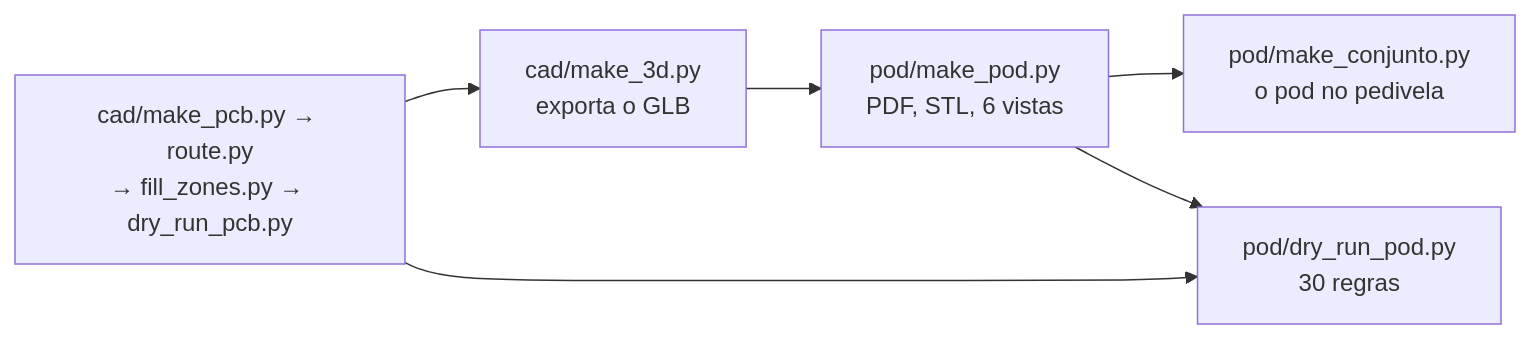
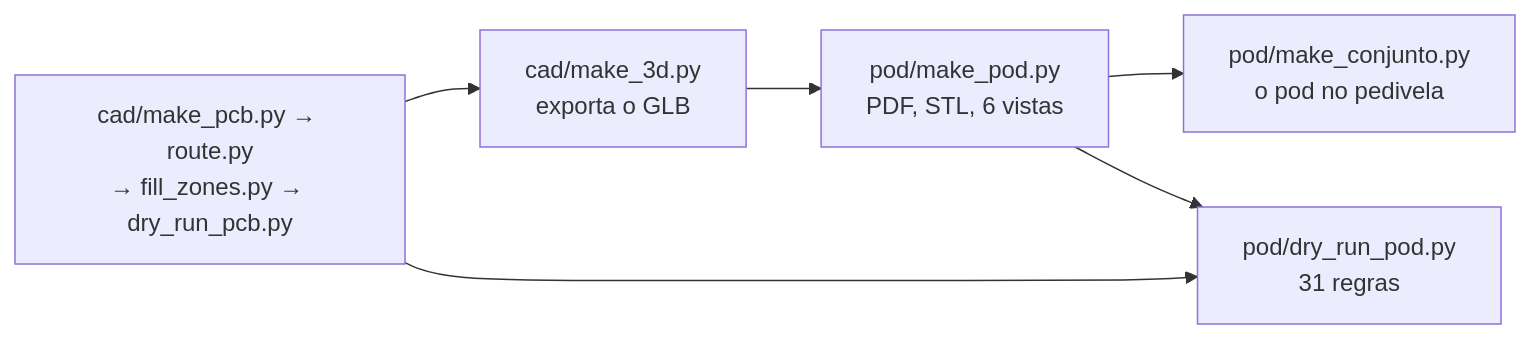
Before and after one commit to Guiimartinho/bike-powermeter: the first of 2 diagrams in hardware_powermeter/pod/README.md, drawn with Mermaid. The commit also changed other lines of this file and 9 other files, not shown here.

````diff
--- a/hardware_powermeter/pod/README.md
+++ b/hardware_powermeter/pod/README.md
@@ -24,8 +24,8 @@
 ```mermaid
 flowchart LR
     PCB["cad/make_pcb.py → route.py<br/>→ fill_zones.py → dry_run_pcb.py"] --> GLB["cad/make_3d.py<br/>exporta o GLB"]
     GLB --> POD["pod/make_pod.py<br/>PDF, STL, 6 vistas"]
-    PCB --> DRY["pod/dry_run_pod.py<br/>30 regras"]
+    PCB --> DRY["pod/dry_run_pod.py<br/>31 regras"]
     POD --> CONJ["pod/make_conjunto.py<br/>o pod no pedivela"]
     POD --> DRY
 ```
````
